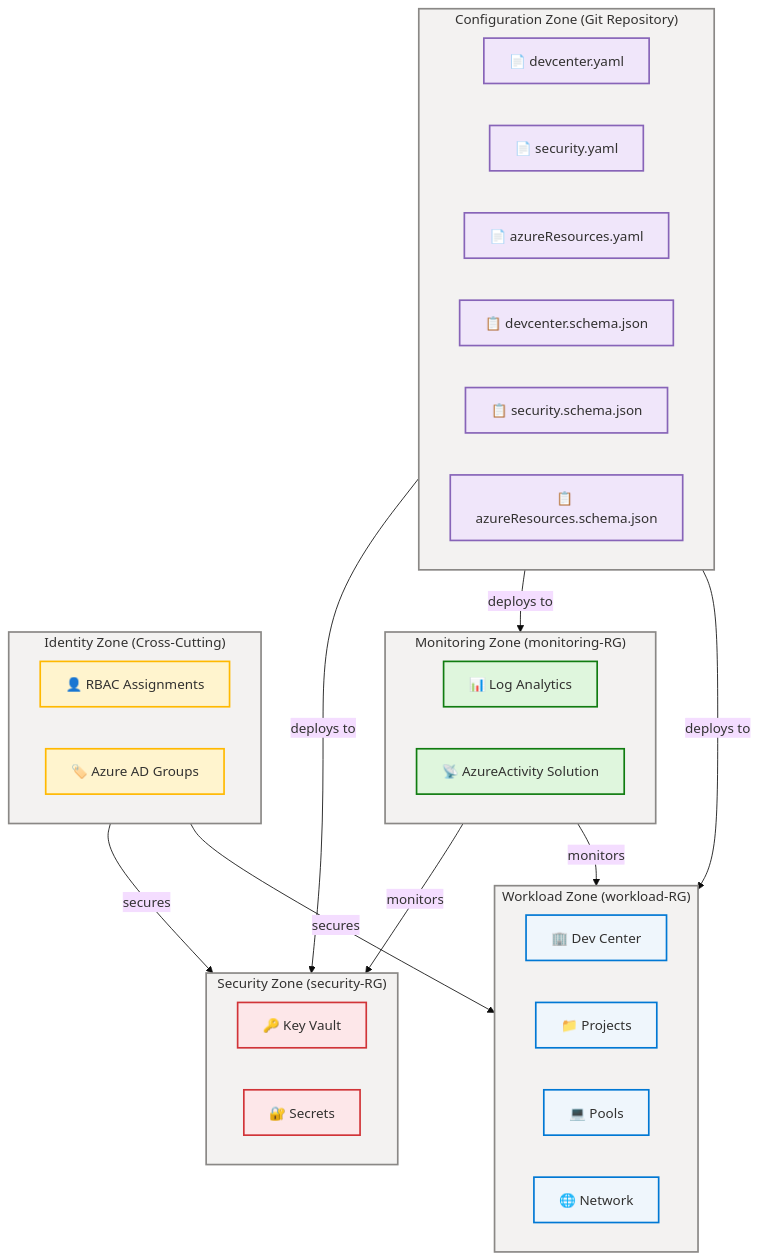
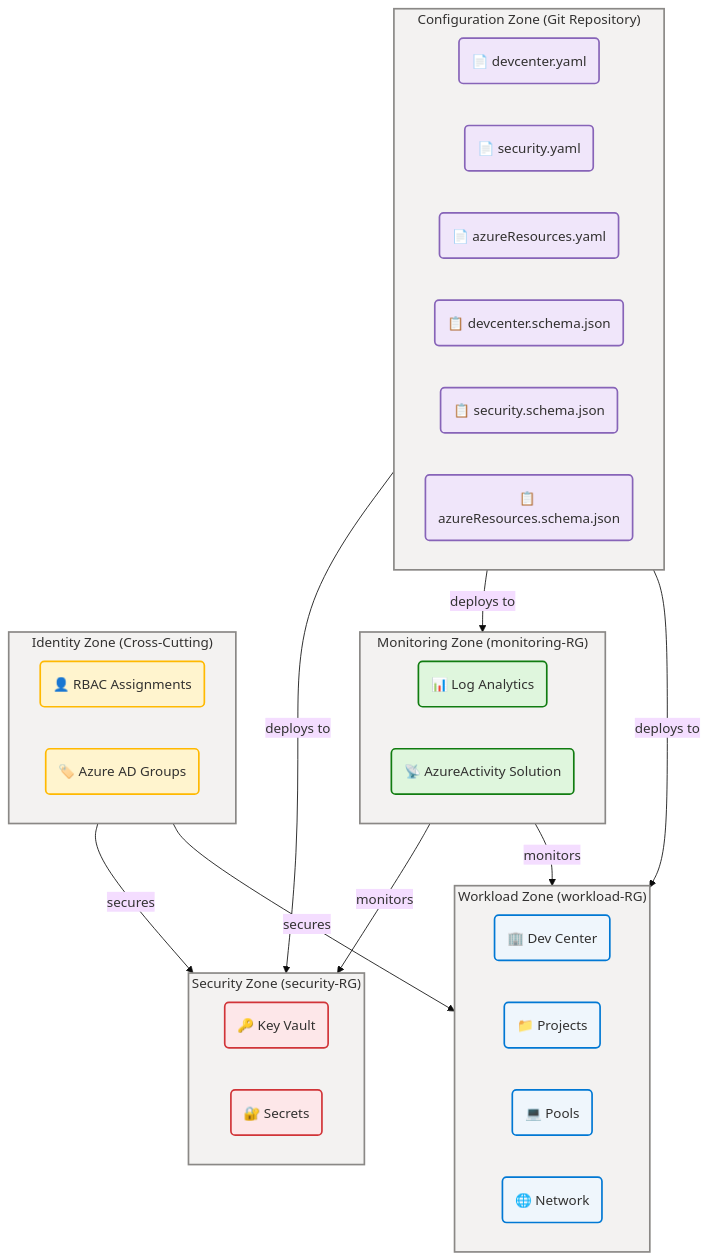
The third of 14 diagrams in docs/architecture/data-architecture.md (Evilazaro/DevExp-DevBox), drawn with Mermaid before and after one commit. The commit also changed other lines of this file, not shown here.

Commit message:
feat: refactor class definitions in data architecture diagrams for consistency

````diff
--- a/docs/architecture/data-architecture.md
+++ b/docs/architecture/data-architecture.md
@@ -328,74 +328,74 @@
 ```mermaid
 ---
 config:
   theme: base
   look: classic
   layout: dagre
   themeVariables:
     fontSize: "16px"
 ---
 flowchart TD
     accTitle: DevExp-DevBox Data Zone Topology
     accDescr: Shows the logical data zones aligned with Azure Landing Zone tiers including configuration, security, monitoring, and workload zones
 
     %% ═══════════════════════════════════════════════════════════════════════════
     %% AZURE / FLUENT ARCHITECTURE PATTERN v1.1
     %% (Semantic + Structural + Font + Accessibility Governance)
     %% ═══════════════════════════════════════════════════════════════════════════
     %% PHASE 1 - FLUENT UI: All styling uses approved Fluent UI palette only
     %% PHASE 2 - GROUPS: Every subgraph has semantic color via style directive
     %% PHASE 3 - COMPONENTS: Every node has semantic classDef + icon prefix
     %% PHASE 4 - ACCESSIBILITY: accTitle/accDescr present, WCAG AA contrast
     %% PHASE 5 - STANDARD: Governance block present, classDefs centralized
     %% ═══════════════════════════════════════════════════════════════════════════
 
-    classDef data fill:#F0E6FA,stroke:#8764B8,stroke-width:2px,color:#323130
-    classDef core fill:#EFF6FC,stroke:#0078D4,stroke-width:2px,color:#323130
-    classDef danger fill:#FDE7E9,stroke:#D13438,stroke-width:2px,color:#323130
-    classDef success fill:#DFF6DD,stroke:#107C10,stroke-width:2px,color:#323130
-    classDef warning fill:#FFF4CE,stroke:#FFB900,stroke-width:2px,color:#323130
-
     subgraph ConfigZone["Configuration Zone (Git Repository)"]
-        CZ1["📄 devcenter.yaml"]:::data
-        CZ2["📄 security.yaml"]:::data
-        CZ3["📄 azureResources.yaml"]:::data
-        CZ4["📋 devcenter.schema.json"]:::data
-        CZ5["📋 security.schema.json"]:::data
-        CZ6["📋 azureResources.schema.json"]:::data
+        CZ1("📄 devcenter.yaml"):::data
+        CZ2("📄 security.yaml"):::data
+        CZ3("📄 azureResources.yaml"):::data
+        CZ4("📋 devcenter.schema.json"):::data
+        CZ5("📋 security.schema.json"):::data
+        CZ6("📋 azureResources.schema.json"):::data
     end
     style ConfigZone fill:#F3F2F1,stroke:#8A8886,stroke-width:2px,color:#323130
 
     subgraph SecurityZone["Security Zone (security-RG)"]
-        SZ1["🔑 Key Vault"]:::danger
-        SZ2["🔐 Secrets"]:::danger
+        SZ1("🔑 Key Vault"):::danger
+        SZ2("🔐 Secrets"):::danger
     end
     style SecurityZone fill:#F3F2F1,stroke:#8A8886,stroke-width:2px,color:#323130
 
     subgraph MonitoringZone["Monitoring Zone (monitoring-RG)"]
-        MZ1["📊 Log Analytics"]:::success
-        MZ2["📡 AzureActivity Solution"]:::success
+        MZ1("📊 Log Analytics"):::success
+        MZ2("📡 AzureActivity Solution"):::success
     end
     style MonitoringZone fill:#F3F2F1,stroke:#8A8886,stroke-width:2px,color:#323130
 
     subgraph WorkloadZone["Workload Zone (workload-RG)"]
-        WZ1["🏢 Dev Center"]:::core
-        WZ2["📁 Projects"]:::core
-        WZ3["💻 Pools"]:::core
-        WZ4["🌐 Network"]:::core
+        WZ1("🏢 Dev Center"):::core
+        WZ2("📁 Projects"):::core
+        WZ3("💻 Pools"):::core
+        WZ4("🌐 Network"):::core
     end
     style WorkloadZone fill:#F3F2F1,stroke:#8A8886,stroke-width:2px,color:#323130
 
     subgraph IdentityZone["Identity Zone (Cross-Cutting)"]
-        IZ1["👤 RBAC Assignments"]:::warning
-        IZ2["🏷️ Azure AD Groups"]:::warning
+        IZ1("👤 RBAC Assignments"):::warning
+        IZ2("🏷️ Azure AD Groups"):::warning
     end
     style IdentityZone fill:#F3F2F1,stroke:#8A8886,stroke-width:2px,color:#323130
 
     ConfigZone -->|"deploys to"| SecurityZone
     ConfigZone -->|"deploys to"| MonitoringZone
     ConfigZone -->|"deploys to"| WorkloadZone
     IdentityZone -->|"secures"| SecurityZone
     IdentityZone -->|"secures"| WorkloadZone
     MonitoringZone -->|"monitors"| SecurityZone
     MonitoringZone -->|"monitors"| WorkloadZone
+
+    classDef data fill:#F0E6FA,stroke:#8764B8,stroke-width:2px,color:#323130
+    classDef core fill:#EFF6FC,stroke:#0078D4,stroke-width:2px,color:#323130
+    classDef danger fill:#FDE7E9,stroke:#D13438,stroke-width:2px,color:#323130
+    classDef success fill:#DFF6DD,stroke:#107C10,stroke-width:2px,color:#323130
+    classDef warning fill:#FFF4CE,stroke:#FFB900,stroke-width:2px,color:#323130
 ```
````
